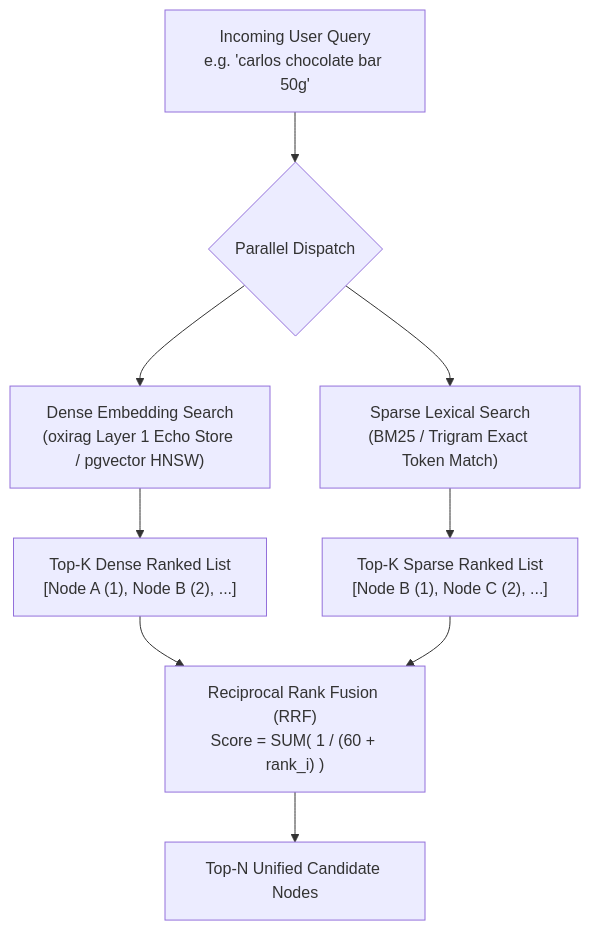
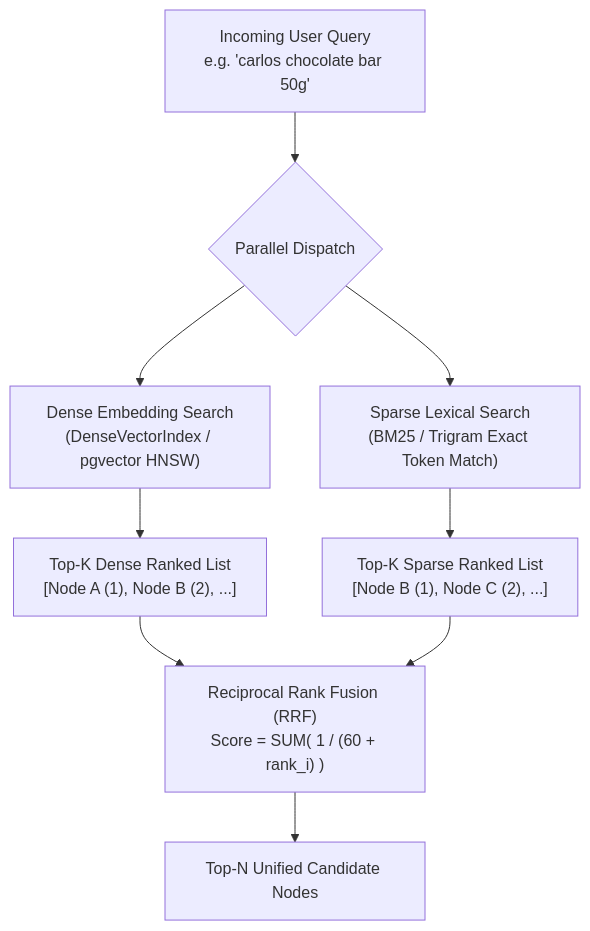
The diagram in doc/17_Hybrid_Vector_and_Lexical_Retrieval.md (yasuomaidana/embedag), drawn with Mermaid before and after one commit. The commit also changed other lines of this file and 42 other files, not shown here.

````diff
--- a/doc/17_Hybrid_Vector_and_Lexical_Retrieval.md
+++ b/doc/17_Hybrid_Vector_and_Lexical_Retrieval.md
@@ -25,10 +25,10 @@
 ```mermaid
 flowchart TD
     Query["Incoming User Query<br/>e.g. 'carlos chocolate bar 50g'"] --> Splitter{"Parallel Dispatch"}
-    Splitter --> DenseBranch["Dense Embedding Search<br/>(oxirag Layer 1 Echo Store / pgvector HNSW)"]
+    Splitter --> DenseBranch["Dense Embedding Search<br/>(DenseVectorIndex / pgvector HNSW)"]
     Splitter --> SparseBranch["Sparse Lexical Search<br/>(BM25 / Trigram Exact Token Match)"]
     DenseBranch --> TopKDense["Top-K Dense Ranked List<br/>[Node A (1), Node B (2), ...]"]
     SparseBranch --> TopKSparse["Top-K Sparse Ranked List<br/>[Node B (1), Node C (2), ...]"]
     TopKDense & TopKSparse --> RRF["Reciprocal Rank Fusion (RRF)<br/>Score = SUM( 1 / (60 + rank_i) )"]
     RRF --> FusedCandidates["Top-N Unified Candidate Nodes"]
 ```
````
